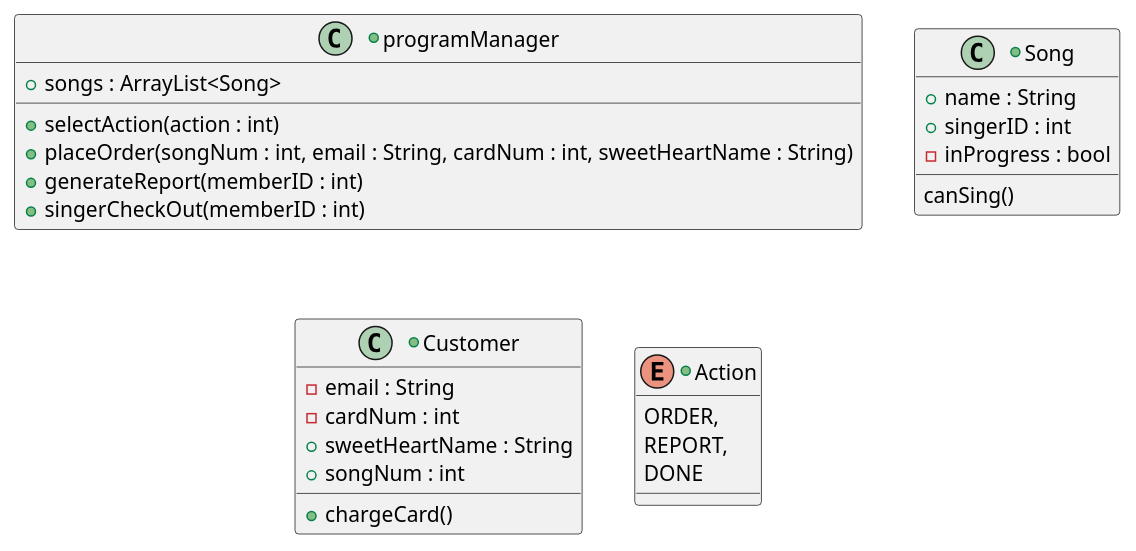
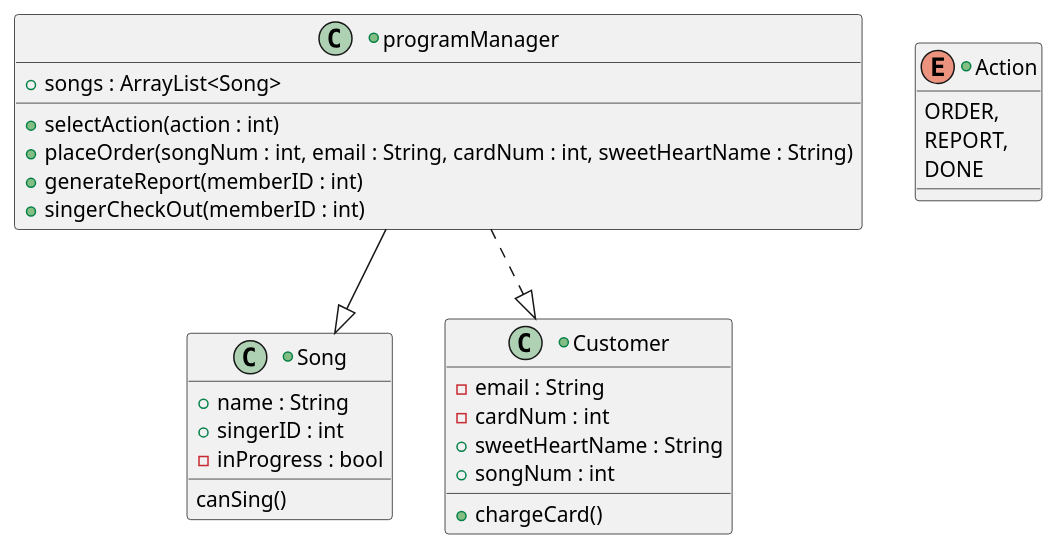
Before and after one commit to pjc0210/csse374-hw1: the diagram in src/Customer.puml, drawn with PlantUML.

Commit message:
UML diagram update

```diff
--- a/src/Customer.puml
+++ b/src/Customer.puml
@@ -1,31 +1,32 @@
 @startuml
 'https://plantuml.com/class-diagram
 
 +class programManager {
 + songs : ArrayList<Song>
 + selectAction(action : int)
 + placeOrder(songNum : int, email : String, cardNum : int, sweetHeartName : String)
 + generateReport(memberID : int)
 + singerCheckOut(memberID : int)
 }
 +class Song {
     +name : String
     +singerID : int
     -inProgress : bool
     canSing()
 }
 +class Customer {
 - email : String
 - cardNum : int
 + sweetHeartName : String
 + songNum : int
 + chargeCard()
 }
 
 +enum Action {
 ORDER,
 REPORT,
 DONE
 }
-
+programManager --|> Song
+programManager ..|> Customer
 @enduml
```
